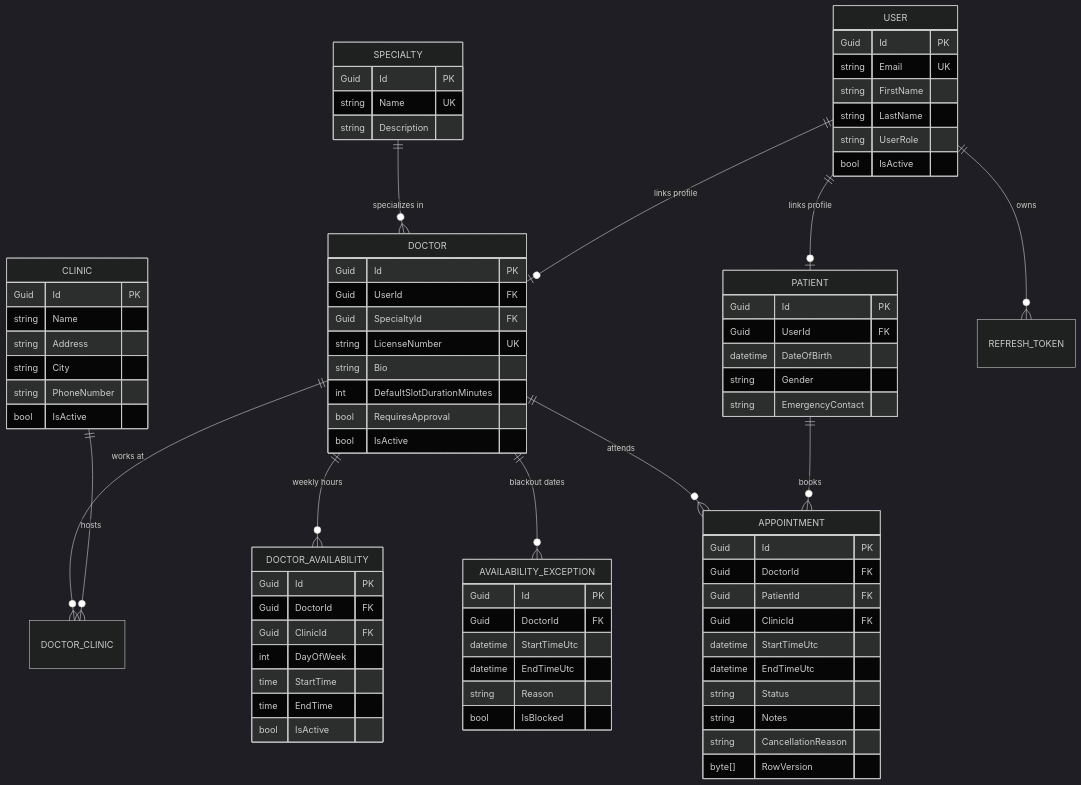
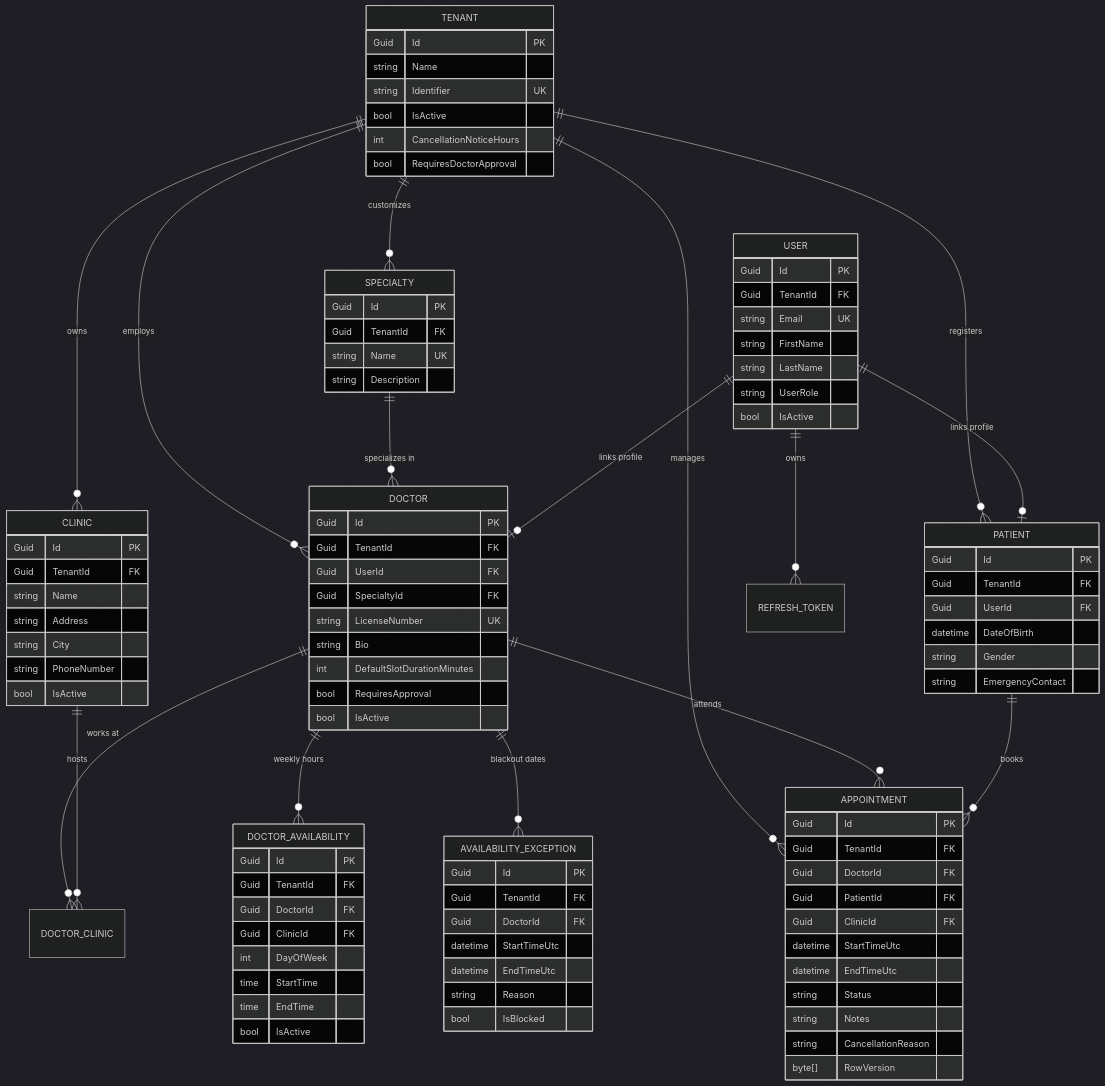
The second of 4 diagrams in README.md (mohamedhamadien/ClinicBooking), drawn with Mermaid (dark theme) before and after one commit. The commit also changed other lines of this file and 16 other files, not shown here.

````diff
--- a/README.md
+++ b/README.md
@@ -180,5 +180,10 @@
 ```mermaid
 erDiagram
+    TENANT ||--o{ CLINIC : "owns"
+    TENANT ||--o{ DOCTOR : "employs"
+    TENANT ||--o{ PATIENT : "registers"
+    TENANT ||--o{ APPOINTMENT : "manages"
+    TENANT ||--o{ SPECIALTY : "customizes"
     SPECIALTY ||--o{ DOCTOR : "specializes in"
     DOCTOR ||--o{ DOCTOR_CLINIC : "works at"
     CLINIC ||--o{ DOCTOR_CLINIC : "hosts"
@@ -190,8 +195,18 @@
     USER ||--o| PATIENT : "links profile"
     USER ||--o{ REFRESH_TOKEN : "owns"
 
+    TENANT {
+        Guid Id PK
+        string Name
+        string Identifier UK
+        bool IsActive
+        int CancellationNoticeHours
+        bool RequiresDoctorApproval
+    }
+
     USER {
         Guid Id PK
+        Guid TenantId FK
         string Email UK
         string FirstName
         string LastName
@@ -201,12 +216,14 @@
 
     SPECIALTY {
         Guid Id PK
+        Guid TenantId FK
         string Name UK
         string Description
     }
 
     CLINIC {
         Guid Id PK
+        Guid TenantId FK
         string Name
         string Address
         string City
@@ -216,6 +233,7 @@
 
     DOCTOR {
         Guid Id PK
+        Guid TenantId FK
         Guid UserId FK
         Guid SpecialtyId FK
         string LicenseNumber UK
@@ -227,6 +245,7 @@
 
     DOCTOR_AVAILABILITY {
         Guid Id PK
+        Guid TenantId FK
         Guid DoctorId FK
         Guid ClinicId FK
         int DayOfWeek
@@ -237,6 +256,7 @@
 
     AVAILABILITY_EXCEPTION {
         Guid Id PK
+        Guid TenantId FK
         Guid DoctorId FK
         datetime StartTimeUtc
         datetime EndTimeUtc
@@ -246,6 +266,7 @@
 
     PATIENT {
         Guid Id PK
+        Guid TenantId FK
         Guid UserId FK
         datetime DateOfBirth
         string Gender
@@ -254,6 +275,7 @@
 
     APPOINTMENT {
         Guid Id PK
+        Guid TenantId FK
         Guid DoctorId FK
         Guid PatientId FK
         Guid ClinicId FK
````
